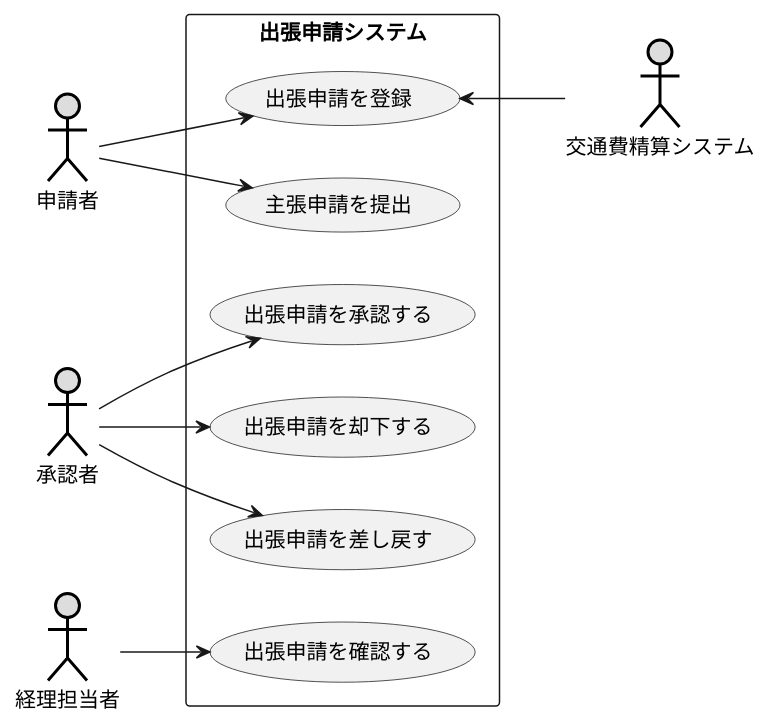
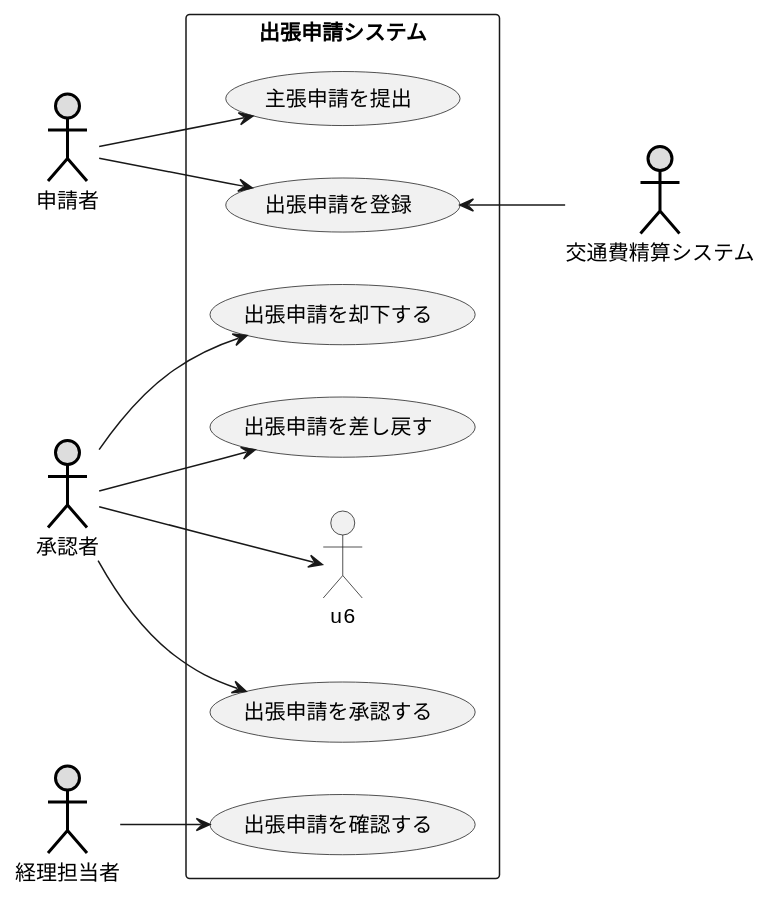
The diagram in 演習2-1_UM_出張管理システム.pu (itouayumu/uml-introduction-), drawn with PlantUML before and after one commit.

Commit message:
演習２－１

```diff
--- a/演習2-1_UM_出張管理システム.pu
+++ b/演習2-1_UM_出張管理システム.pu
@@ -1,22 +1,23 @@
 @startuml 演習２－１
 left to right direction
 actor 申請者 as u1 #DDDDDD;line:black;line.bold;
 actor 承認者 as u2 #DDDDDD;line:black;line.bold;
 actor 経理担当者 as u3 #DDDDDD;line:black;line.bold;
 actor 交通費精算システム as u4 #DDDDDD;line:black;line.bold;
 rectangle 出張申請システム {
 usecase 出張申請を登録 as 1
 usecase 主張申請を提出 as 2
 usecase 出張申請を承認する as 3
 usecase 出張申請を却下する as 4
 usecase 出張申請を差し戻す as 5
 usecase 出張申請を確認する as 6
 u1-->1
 u1-->2
 u2-->3
 u2-->4
 u2-->5
+u2-->u6
 u3-->6
 1<--u4
 }
 @enduml
```
